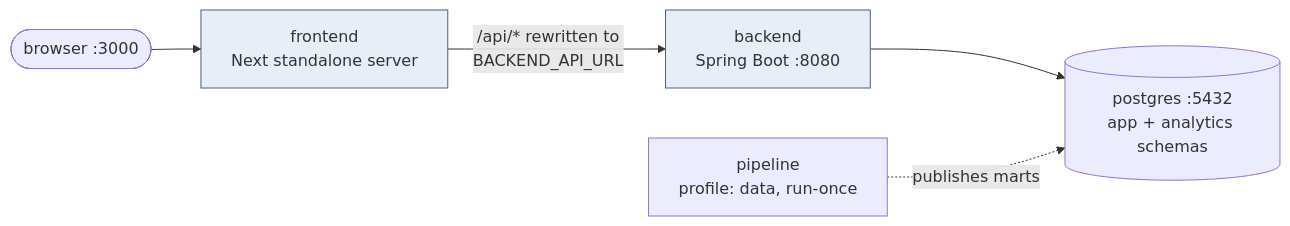
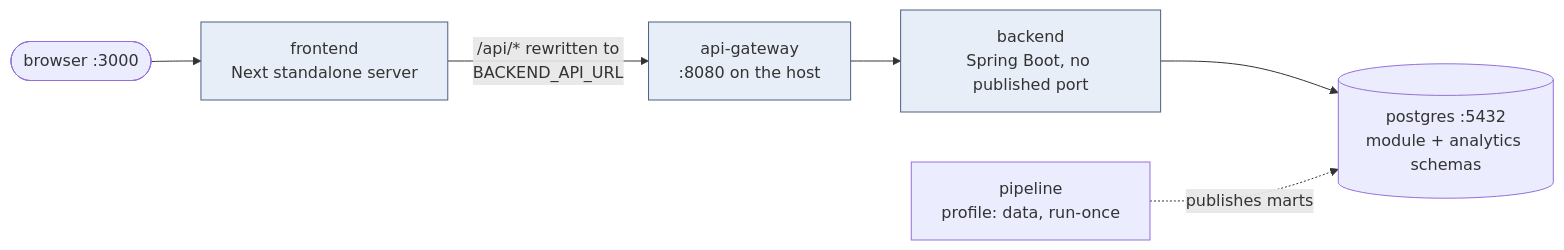
One commit to Yusuprozimemet/jobmatch-microservices changed the diagram in backend/docs/configuration.md. Above: the diagram before and after it, drawn with Mermaid. The commit also changed other lines of this file and 4 other files, not shown here.

````diff
--- a/backend/docs/configuration.md
+++ b/backend/docs/configuration.md
@@ -48,10 +49,11 @@
 ```mermaid
 flowchart LR
     B(["browser :3000"]) --> FE["frontend<br/>Next standalone server"]
-    FE -->|"/api/* rewritten to<br/>BACKEND_API_URL"| BE["backend<br/>Spring Boot :8080"]
-    BE --> DB[("postgres :5432<br/>app + analytics schemas")]
+    FE -->|"/api/* rewritten to<br/>BACKEND_API_URL"| GW["api-gateway<br/>:8080 on the host"]
+    GW --> BE["backend<br/>Spring Boot, no published port"]
+    BE --> DB[("postgres :5432<br/>module + analytics schemas")]
     PIPE["pipeline<br/>profile: data, run-once"] -.->|"publishes marts"| DB
 
     classDef s fill:#e8eef7,stroke:#4a6080
-    class FE,BE s
+    class FE,GW,BE s
 ```
````
